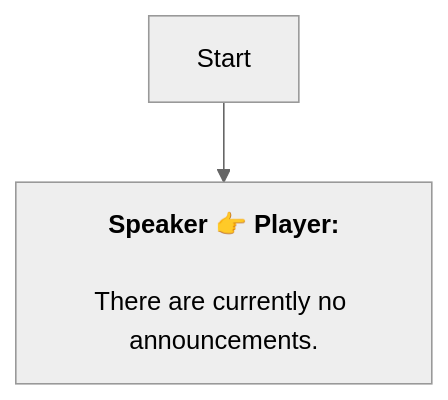
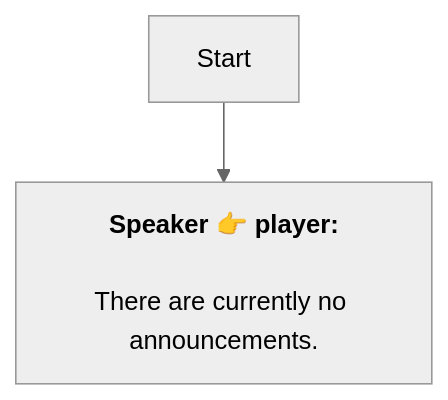
Before and after one commit to SoftHu/tos_avg: the diagram in En/Billboard.md, drawn with Mermaid (neutral theme). The commit also changed 737 other files, not shown here.

````diff
--- a/En/Billboard.md
+++ b/En/Billboard.md
@@ -1,7 +1,6 @@
 ```mermaid
 graph
-Start -->1750019988068609[<b>Speaker 👉 Player:</b>
+Start -->1750019988068609[<b>Speaker 👉 player:</b>
+\nThere are currently no announcements.]
 
-There are currently no announcements.]
-
- ```
+```
````
